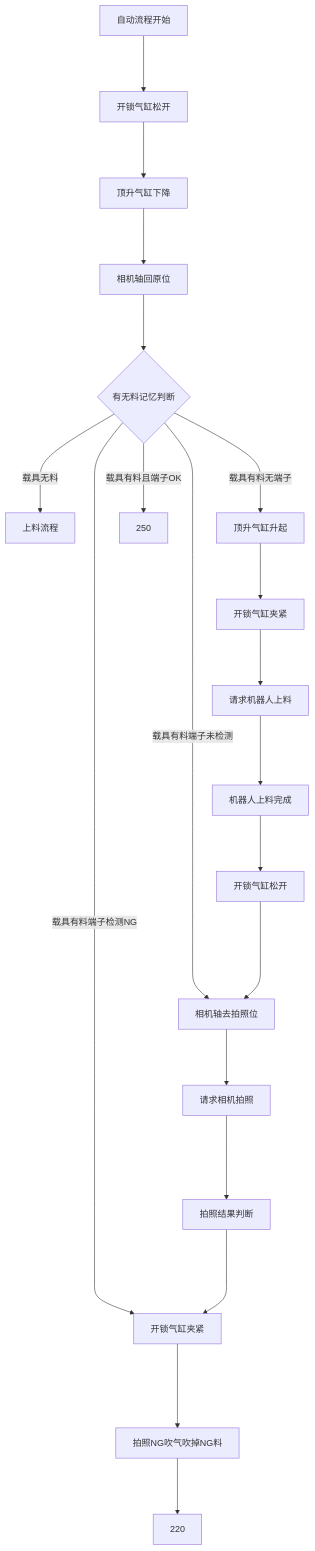
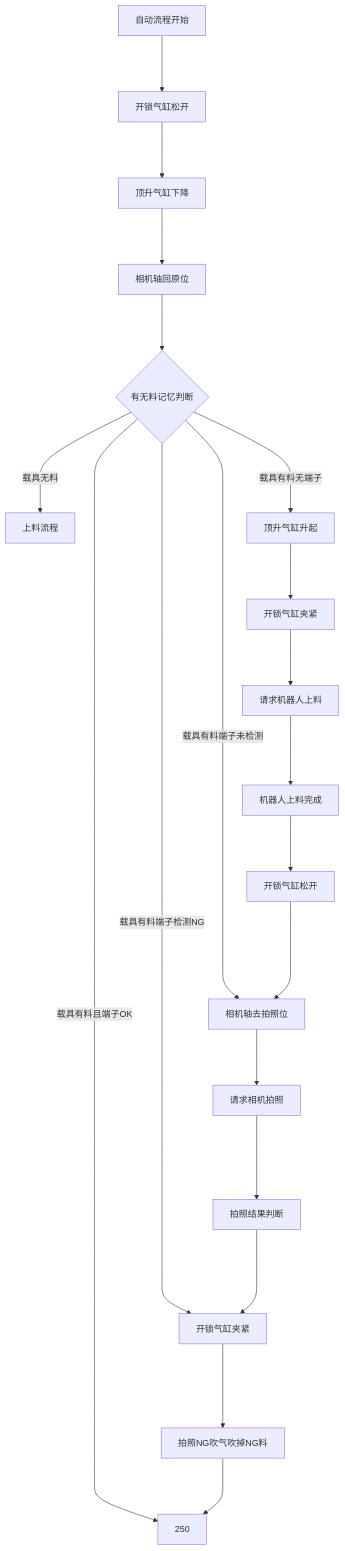
Before and after one commit to zmq000/iodraw-files: the diagram in all/OP70工位4左端子上料.md, drawn with Mermaid.

Commit message:
2026-06-17 17:30:19 update

````diff
--- a/all/OP70工位4左端子上料.md
+++ b/all/OP70工位4左端子上料.md
@@ -1,23 +1,24 @@
 ```mermaid
 graph TD
 自动流程开始--->10
 10[开锁气缸松开]--->20
 20[顶升气缸下降]--->30
 30[相机轴回原位]--->40
 40{有无料记忆判断}--->|载具无料|50
 40--->|载具有料无端子|100
 40--->|载具有料端子未检测|150
 40--->|载具有料端子检测NG|200
 40--->|载具有料且端子OK|250
 50[上料流程]
 100[顶升气缸升起]--->110
 110[开锁气缸夹紧]--->120
 120[请求机器人上料]--->130
 130[机器人上料完成]--->140
 140[开锁气缸松开]---->150
 150[相机轴去拍照位]--->160
 160[请求相机拍照]---->170
 170[拍照结果判断]---->200
 200[开锁气缸夹紧]---->210
-210[拍照NG吹气吹掉NG料]--->220
+210[拍照NG吹气吹掉NG料]--->250
+
 ```
````
